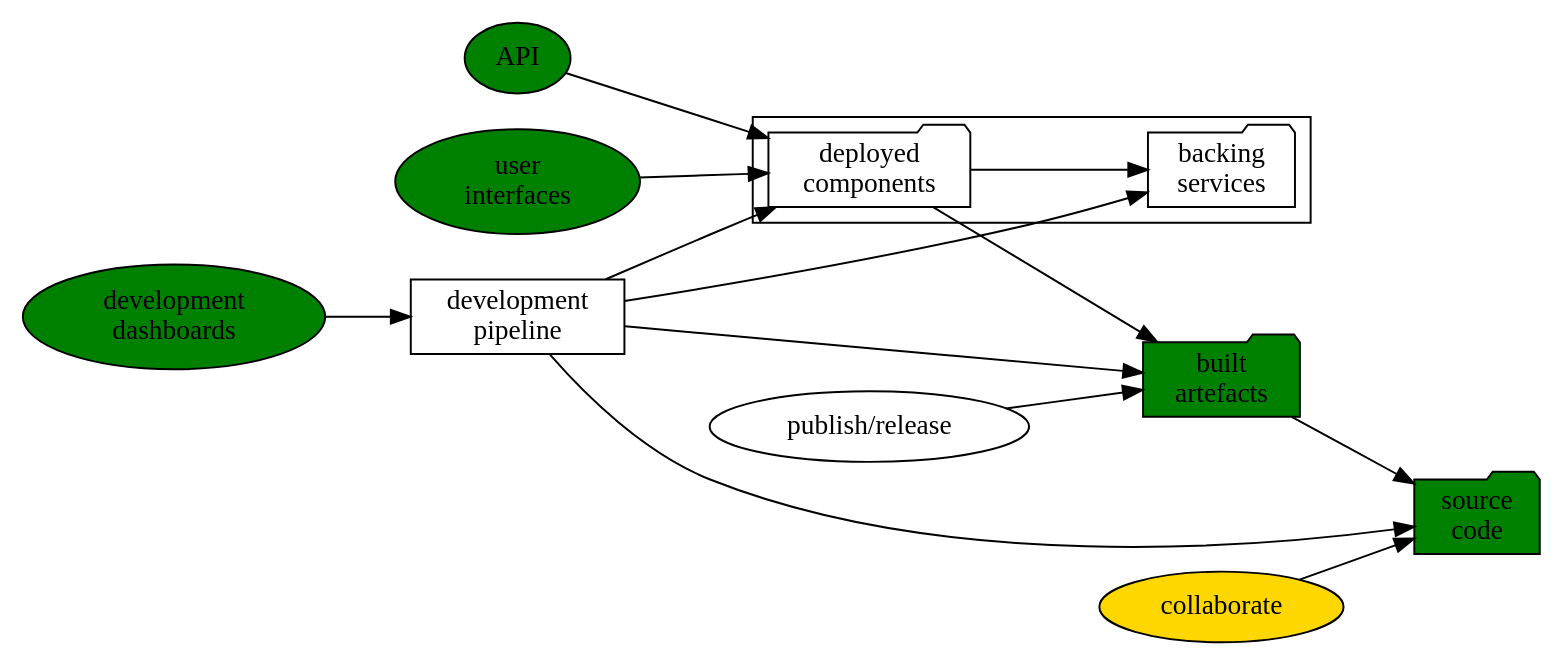
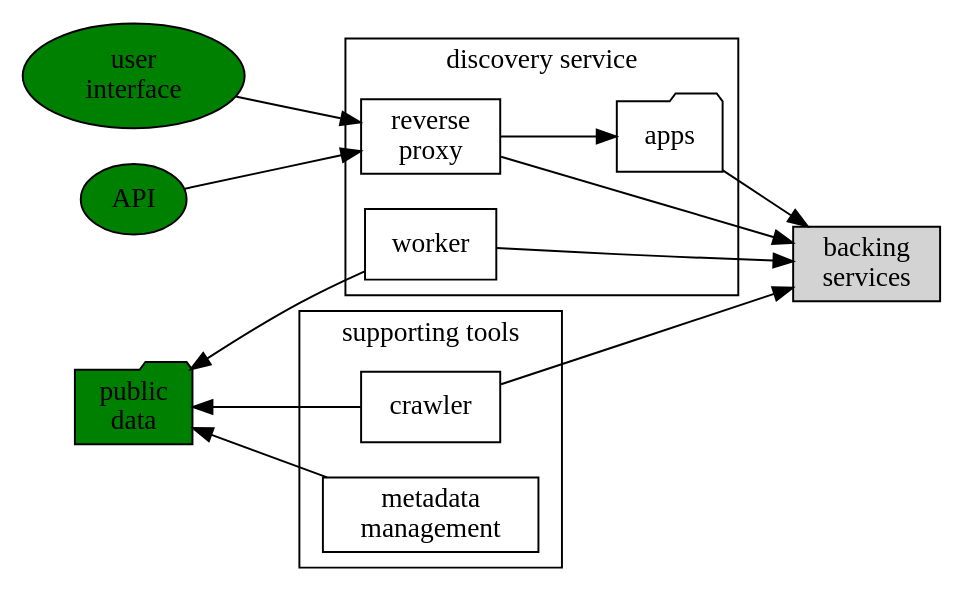
One commit to AusDTO/disco_layer changed the diagram in docs/source/overview.rst. Above: the diagram before and after it, drawn with Graphviz. The commit also changed other lines of this file, not shown here.

Commit message:
reqrite overview per #72

```diff
--- a/docs/source/overview.rst
+++ b/docs/source/overview.rst
@@ -13,32 +9,34 @@
 .. graphviz::
 
    digraph d {
       node [shape="rectangle" style=filled fillcolor=white];
       rankdir=LR;
-      ui [label="user\ninterfaces" shape=ellipse fillcolor=green];
+
+      pui [label="user\ninterface" shape=ellipse fillcolor=green];
       api [label="API" shape=ellipse fillcolor=green];
-      colab [label="collaborate" shape=ellipse fillcolor=gold];
-      pub [label="publish/release" shape=ellipse];
-      ddash [label="development\ndashboards" shape=ellipse fillcolor=green];
-      pipe [label="development\npipeline"];
-      build [label="built\nartefacts" shape=folder fillcolor=green]; 
-      src [label="source\ncode" shape=folder fillcolor=green];
-
-      subgraph cluster_private {
-	  deployed [label="deployed\ncomponents" shape=folder];
-	  backing [label="backing\nservices" shape=folder];
+      
+      subgraph cluster_app {
+         label="discovery service"
+	 worker;
+	 nginx [label="reverse\nproxy"];
+	 app [label="apps" shape=folder];
+      }
+      subgraph cluster_support {
+         label="supporting tools";
+	 crawler;
+	 mt [label="metadata\nmanagement"];
       }
       
-      ui -> deployed;
-      api -> deployed;
-      colab -> src;
-      pub -> build;
-      ddash -> pipe;
-      pipe -> src;
-      pipe -> build;
-      pipe -> backing;
-      pipe -> deployed;
-      build -> src;
-      deployed -> backing;
-      deployed -> build;
+      pui -> nginx;
+      api -> nginx;
+
+      bs [label="backing\nservices" fillcolor=lightgrey];
+      pub [label="public\ndata" shape=folder fillcolor=green];
+      pub -> mt [dir=back];
+      pub -> crawler [dir=back];
+      pub -> worker [dir=back];
+      crawler -> bs;
+      nginx -> app -> bs;
+      nginx -> bs;
+      worker -> bs;
    }
```
